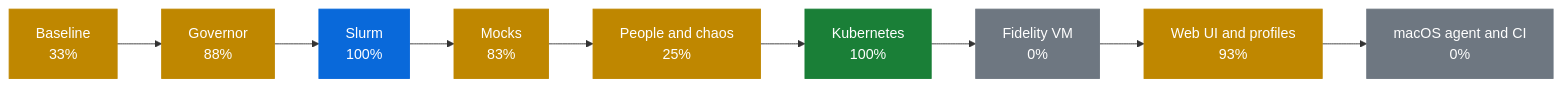
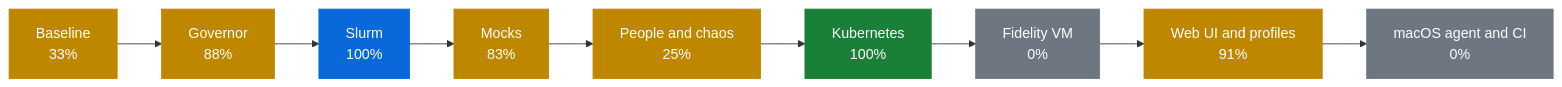
The first of 2 diagrams in docs/PROGRESS.md (AhmedYousriSobhi/workbench), drawn with Mermaid before and after one commit. The commit also changed other lines of this file and 12 other files, not shown here.

````diff
--- a/docs/PROGRESS.md
+++ b/docs/PROGRESS.md
@@ -10,17 +10,17 @@
 ```mermaid
 flowchart LR
     p0["Baseline<br/>33%"]:::partial
     p1["Governor<br/>88%"]:::partial
     p2["Slurm<br/>100%"]:::review
     p3["Mocks<br/>83%"]:::partial
     p4["People and chaos<br/>25%"]:::partial
     p5["Kubernetes<br/>100%"]:::done
     p6["Fidelity VM<br/>0%"]:::todo
-    p7["Web UI and profiles<br/>93%"]:::partial
+    p7["Web UI and profiles<br/>91%"]:::partial
     p8["macOS agent and CI<br/>0%"]:::todo
     p0 --> p1 --> p2 --> p3 --> p4 --> p5 --> p6 --> p7 --> p8
     classDef done fill:#1a7f37,stroke:#1a7f37,color:#fff
     classDef review fill:#0969da,stroke:#0969da,color:#fff
     classDef partial fill:#bf8700,stroke:#bf8700,color:#fff
     classDef todo fill:#6e7781,stroke:#6e7781,color:#fff
 ```
````
